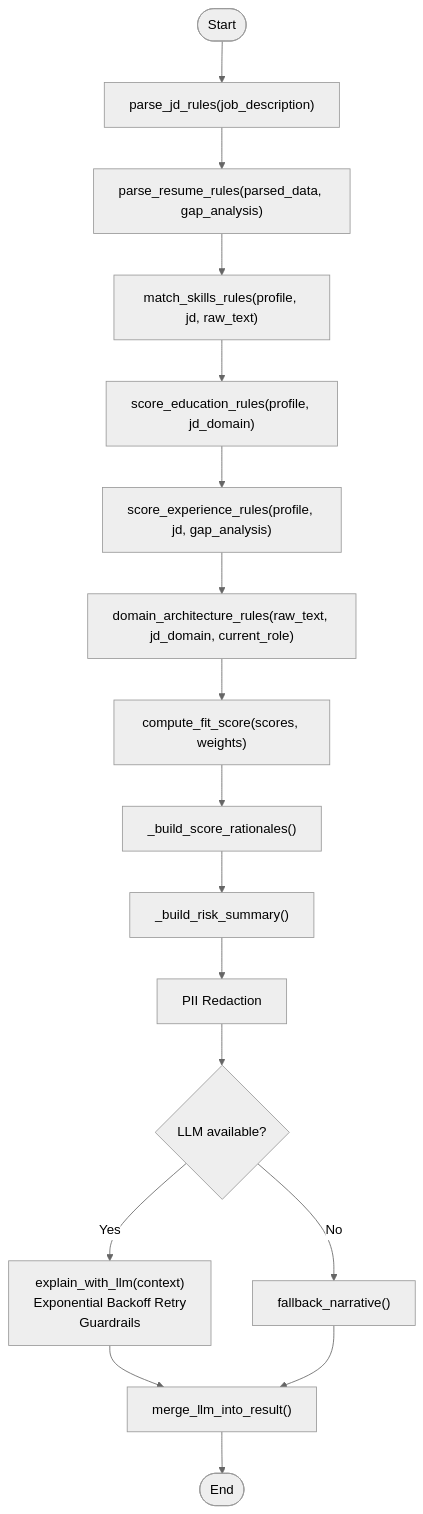
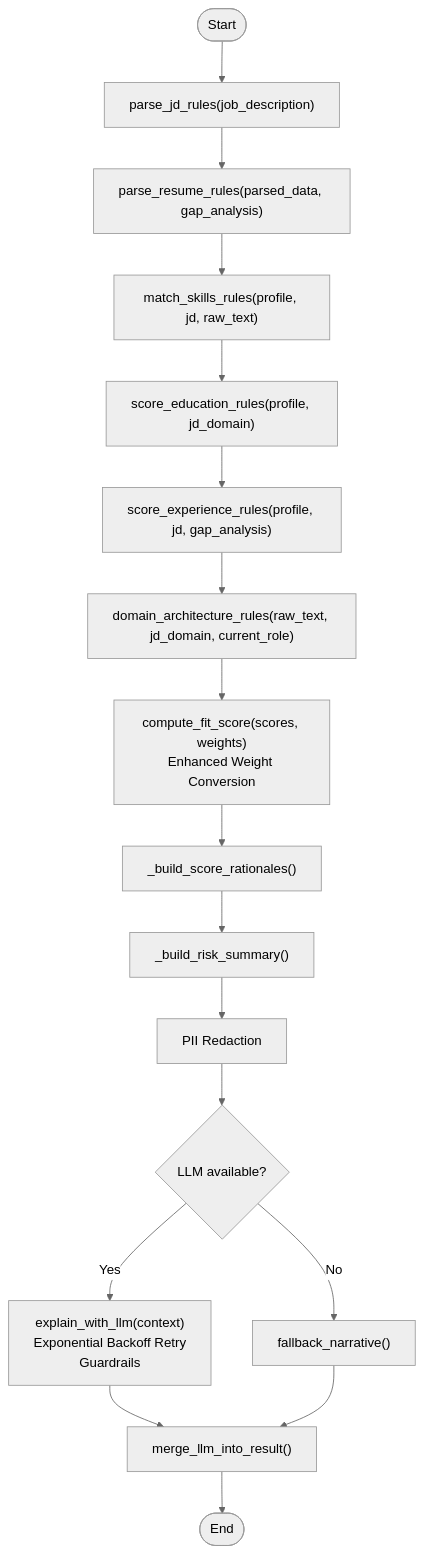
The third of 30 diagrams in .qoder/repowiki/en/content/Analysis Engine/Analysis Engine.md (Revanththetalogics/aireume), drawn with Mermaid (neutral theme) before and after one commit. The commit also changed other lines of this file and 41 other files, not shown here.

````diff
--- a/.qoder/repowiki/en/content/Analysis Engine/Analysis Engine.md
+++ b/.qoder/repowiki/en/content/Analysis Engine/Analysis Engine.md
@@ -256,19 +273,19 @@
 ```mermaid
 flowchart TD
 Start(["Start"]) --> ParseJD["parse_jd_rules(job_description)"]
 ParseJD --> ParseResume["parse_resume_rules(parsed_data, gap_analysis)"]
 ParseResume --> MatchSkills["match_skills_rules(profile, jd, raw_text)"]
 MatchSkills --> EduScore["score_education_rules(profile, jd_domain)"]
 EduScore --> ExpTimeline["score_experience_rules(profile, jd, gap_analysis)"]
 ExpTimeline --> DomainArch["domain_architecture_rules(raw_text, jd_domain, current_role)"]
-DomainArch --> ComputeFit["compute_fit_score(scores, weights)"]
+DomainArch --> ComputeFit["compute_fit_score(scores, weights)<br/>Enhanced Weight Conversion"]
 ComputeFit --> Rationales["_build_score_rationales()"]
 Rationales --> RiskSummary["_build_risk_summary()"]
 RiskSummary --> PII["PII Redaction"]
 PII --> LLMCall{"LLM available?"}
 LLMCall --> |Yes| LLMNarrative["explain_with_llm(context)<br/>Exponential Backoff Retry<br/>Guardrails"]
 LLMCall --> |No| Fallback["fallback_narrative()"]
 LLMNarrative --> Merge["merge_llm_into_result()"]
 Fallback --> Merge
 Merge --> End(["End"])
 ```
````
